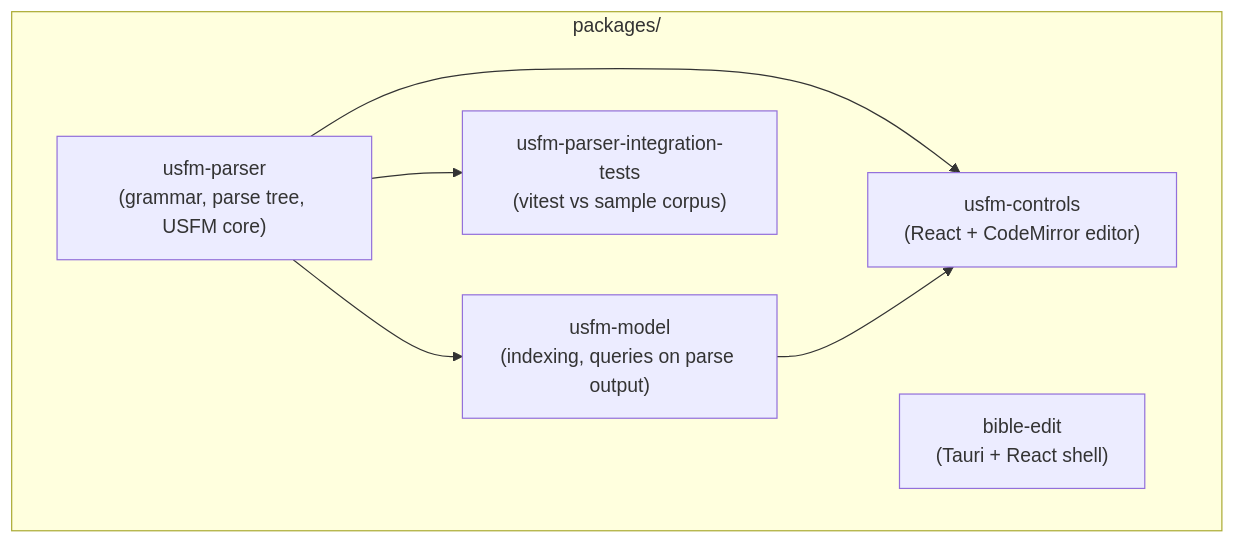
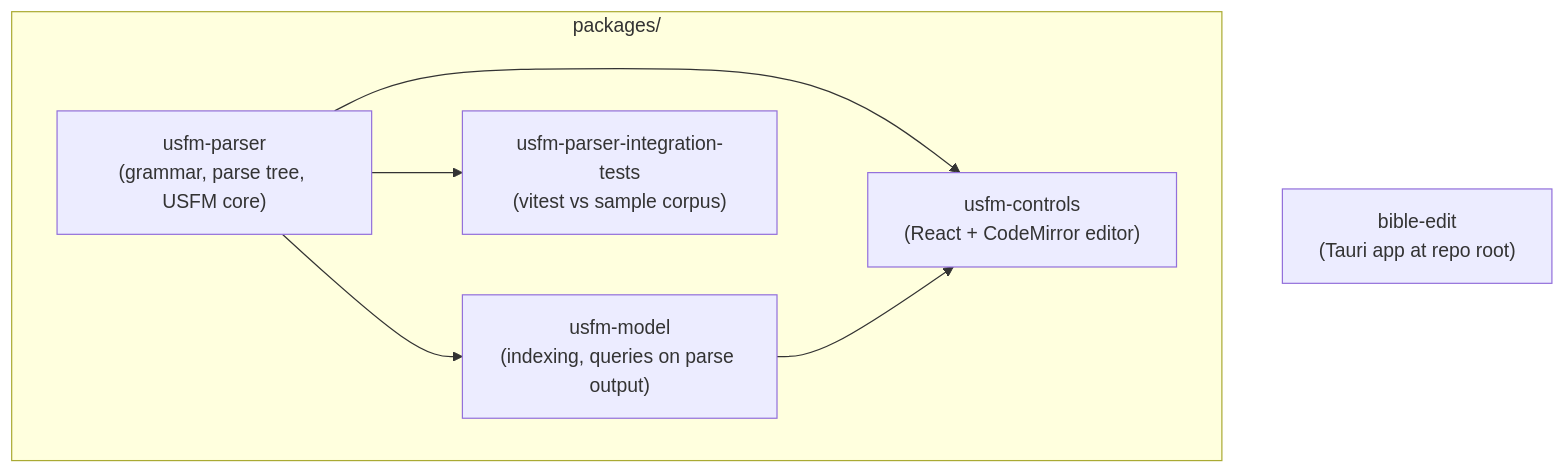
The diagram in README.md (bencarnes/UsfmTools), drawn with Mermaid before and after one commit. The commit also changed other lines of this file and 46 other files, not shown here.

First line of the commit message:
refactor: move bible-edit from packages/ to repo root (#24)

````diff
--- a/README.md
+++ b/README.md
@@ -9,14 +9,14 @@
 ```mermaid
 flowchart TB
   subgraph packages["packages/"]
     parser["usfm-parser\n(grammar, parse tree, USFM core)"]
     model["usfm-model\n(indexing, queries on parse output)"]
     controls["usfm-controls\n(React + CodeMirror editor)"]
     integ["usfm-parser-integration-tests\n(vitest vs sample corpus)"]
-    bible["bible-edit\n(Tauri + React shell)"]
   end
+  bible["bible-edit\n(Tauri app at repo root)"]
   parser --> model
   parser --> controls
   model --> controls
   parser --> integ
 ```
````
